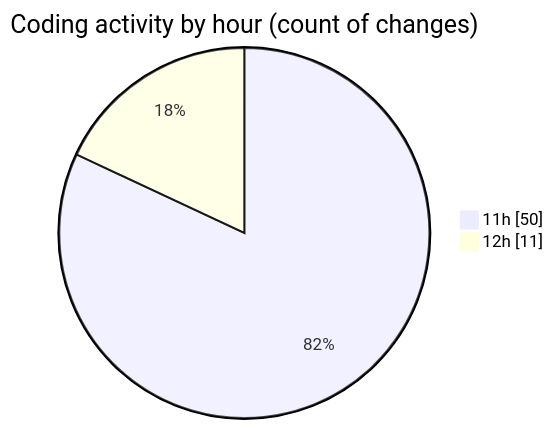
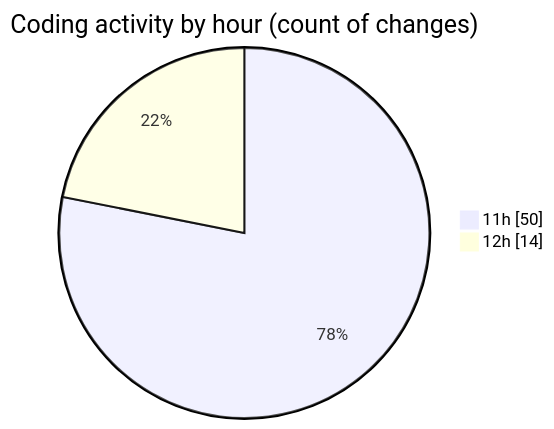
Before and after one commit to tmsrecording-cyber/code-tracking: the second of 2 diagrams in 2026-02-06/singularitybrainai/README.md, drawn with Mermaid. The commit also changed other lines of this file and 1 other file, not shown here.

````diff
--- a/2026-02-06/singularitybrainai/README.md
+++ b/2026-02-06/singularitybrainai/README.md
@@ -35,6 +35,6 @@
 ```mermaid
 pie showData
 title Coding activity by hour (count of changes)
 "11h" : 50
-"12h" : 11
+"12h" : 14
 ```
````
